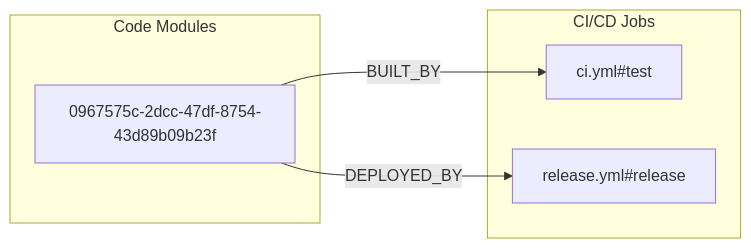
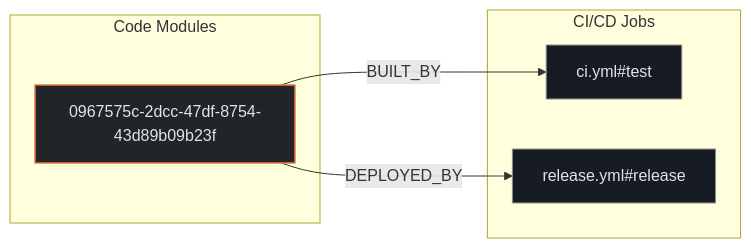
The second of 3 diagrams in exports/latest/reports/supabase-agent-skills-report.md (kumarshaz/atruss-code-atlas), drawn with Mermaid before and after one commit. The commit also changed other lines of this file and 331 other files, not shown here.

Commit message:
docs,ui,fix: update SDLC docs, reorder CI/CD DAG first, stylize Mermaid, and fix Arc42 pipeline topology

````diff
--- a/exports/latest/reports/supabase-agent-skills-report.md
+++ b/exports/latest/reports/supabase-agent-skills-report.md
@@ -108,12 +115,16 @@
 ```mermaid
 flowchart LR
+    classDef atlasCategory fill:#212428,stroke:#E87A48,stroke-width:1.5px,color:#dfe3eb
+    classDef atlasWorkflow fill:#1b2026,stroke:#a3c9ff,stroke-width:1.5px,color:#dfe3eb
+    classDef atlasJob fill:#171c22,stroke:#8d9199,stroke-width:1px,color:#dfe3eb
+    classDef atlasTarget fill:#005227,stroke:#8bd99b,stroke-width:1.5px,color:#a7f6b6
     subgraph code_modules["Code Modules"]
-        mod_0967575c_2dcc_47df_8754_43d89b09b23f["0967575c-2dcc-47df-8754-43d89b09b23f"]
+        mod_0967575c_2dcc_47df_8754_43d89b09b23f["0967575c-2dcc-47df-8754-43d89b09b23f"]:::atlasCategory
     end
     subgraph ci_jobs["CI/CD Jobs"]
-        job_ci_yml_test["ci.yml#test"]
-        job_release_yml_release["release.yml#release"]
+        job_ci_yml_test["ci.yml#test"]:::atlasJob
+        job_release_yml_release["release.yml#release"]:::atlasJob
     end
     mod_0967575c_2dcc_47df_8754_43d89b09b23f -->|BUILT_BY| job_ci_yml_test
     mod_0967575c_2dcc_47df_8754_43d89b09b23f -->|DEPLOYED_BY| job_release_yml_release
 ```
````
